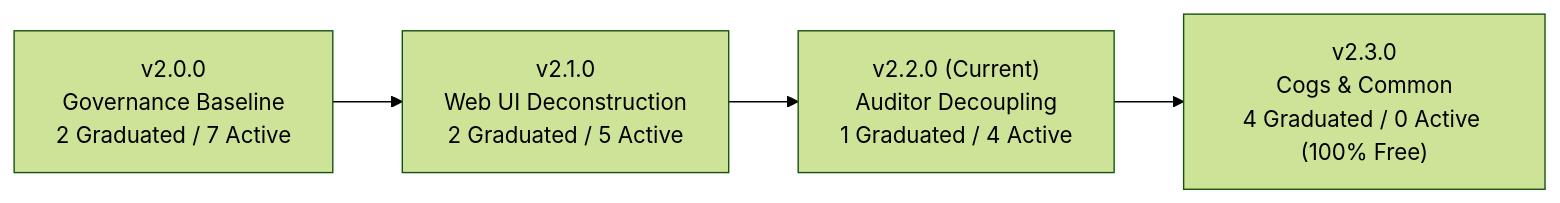
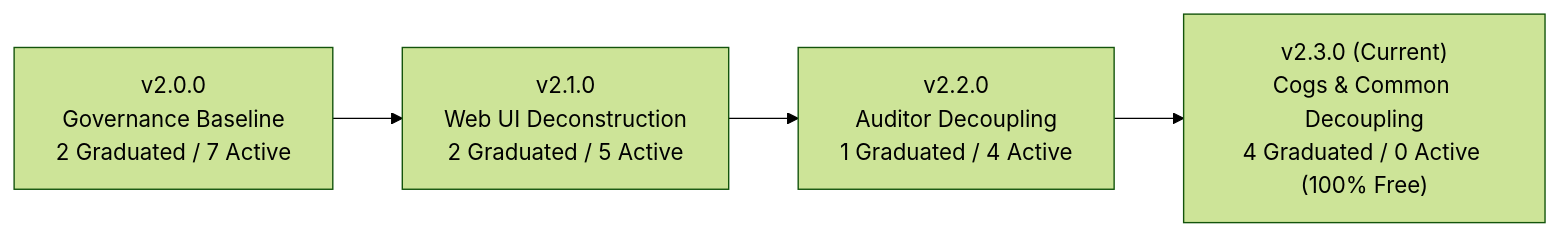
One commit to artibyrd/powercord changed the diagram in ROADMAP.md. Above: the diagram before and after it, drawn with Mermaid (forest theme). The commit also changed other lines of this file and 14 other files, not shown here.

````diff
--- a/ROADMAP.md
+++ b/ROADMAP.md
@@ -18,6 +18,6 @@
 ```mermaid
 graph LR
     M20["v2.0.0<br/>Governance Baseline<br/>2 Graduated / 7 Active"] --> M21["v2.1.0<br/>Web UI Deconstruction<br/>2 Graduated / 5 Active"]
-    M21 --> M22["v2.2.0 (Current)<br/>Auditor Decoupling<br/>1 Graduated / 4 Active"]
-    M22 --> M23["v2.3.0<br/>Cogs & Common<br/>4 Graduated / 0 Active (100% Free)"]
+    M21 --> M22["v2.2.0<br/>Auditor Decoupling<br/>1 Graduated / 4 Active"]
+    M22 --> M23["v2.3.0 (Current)<br/>Cogs & Common Decoupling<br/>4 Graduated / 0 Active (100% Free)"]
 ```
````
